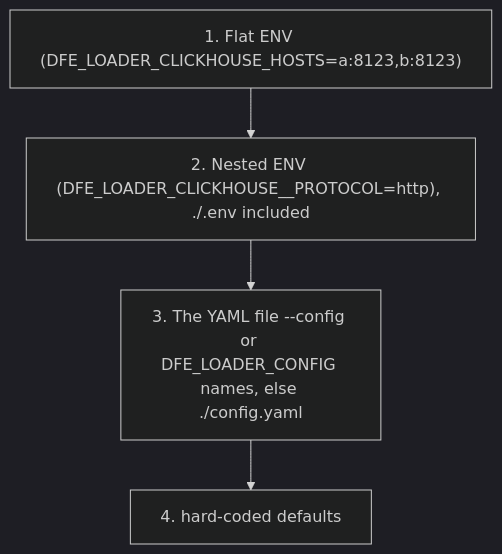
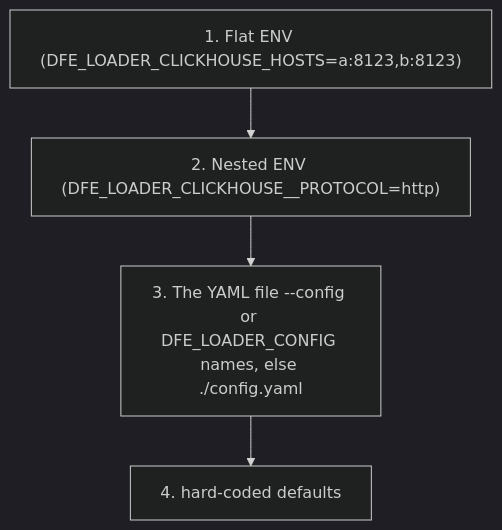
One commit to hyperi-io/dfe-loader changed the diagram in docs/configuration.md. Above: the diagram before and after it, drawn with Mermaid (dark theme). The commit also changed other lines of this file and 30 other files, not shown here.

````diff
--- a/docs/configuration.md
+++ b/docs/configuration.md
@@ -15,8 +15,8 @@
 ```mermaid
 flowchart TB
     FLAT["1. Flat ENV (DFE_LOADER_CLICKHOUSE_HOSTS=a:8123,b:8123)"]
-    ENV["2. Nested ENV (DFE_LOADER_CLICKHOUSE__PROTOCOL=http), ./.env included"]
+    ENV["2. Nested ENV (DFE_LOADER_CLICKHOUSE__PROTOCOL=http)"]
     YAML["3. The YAML file --config or DFE_LOADER_CONFIG names, else ./config.yaml"]
     HARD["4. hard-coded defaults"]
     FLAT --> ENV --> YAML --> HARD
 ```
````
